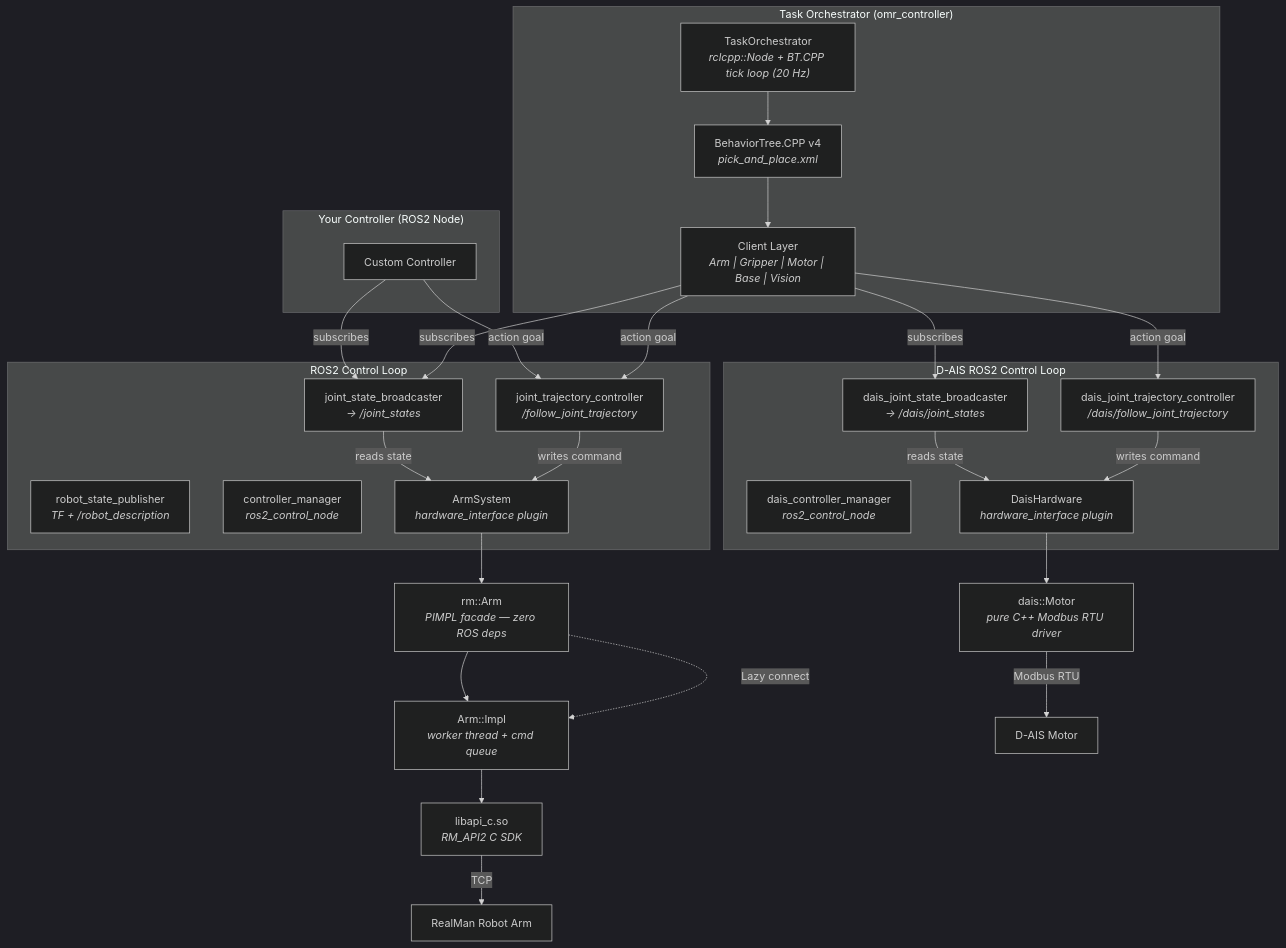
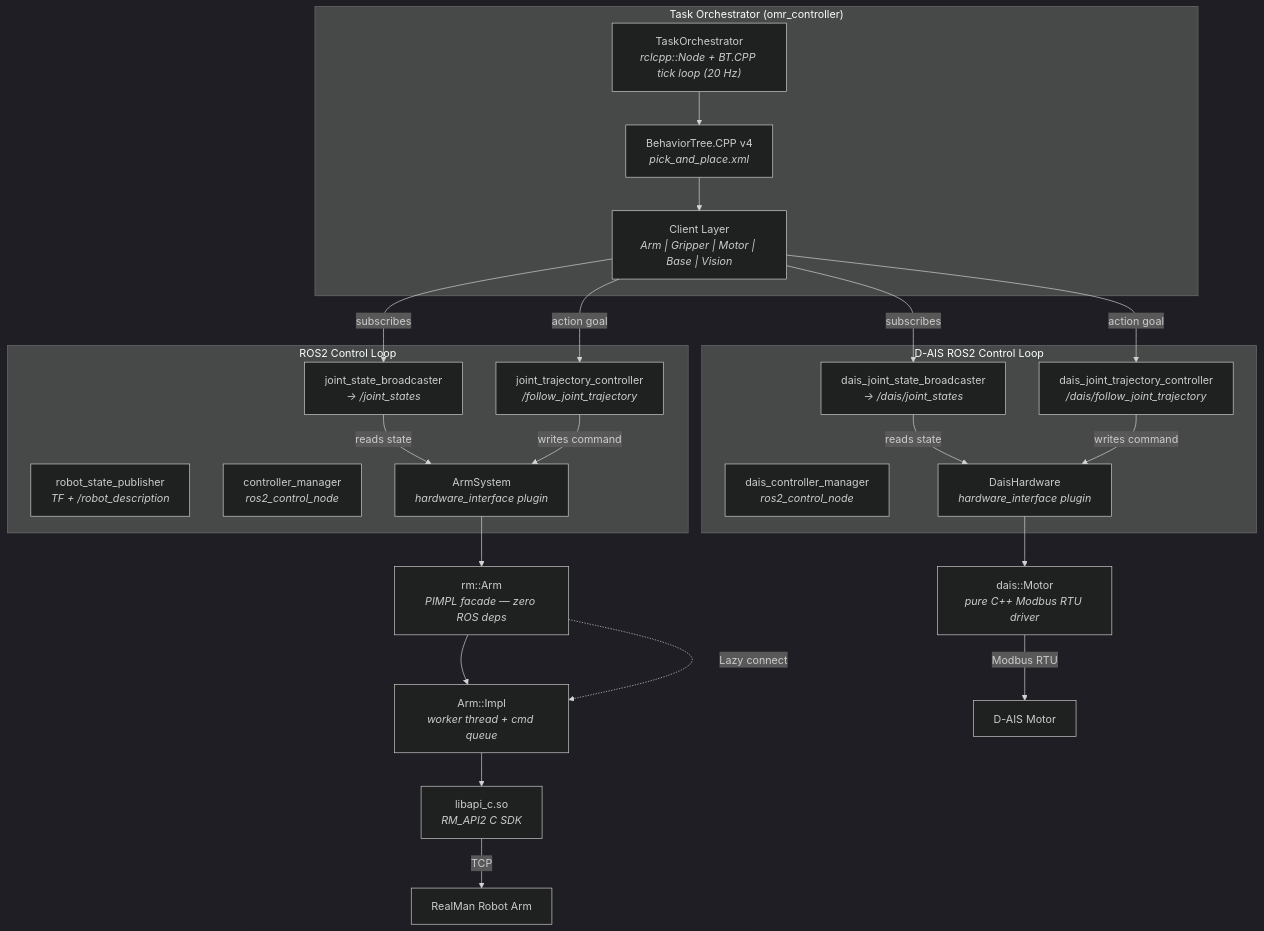
The first of 4 diagrams in README.md (sunyuming53-byte/the_first_box), drawn with Mermaid (dark theme) before and after one commit.

Commit message:
docs: remove stale Your Controller placeholder from architecture diagram

````diff
--- a/README.md
+++ b/README.md
@@ -131,55 +131,48 @@
 ```mermaid
 flowchart TD
     subgraph ROS2["ROS2 Control Loop"]
         RSP["robot_state_publisher<br/><i>TF + /robot_description</i>"]
         CM["controller_manager<br/><i>ros2_control_node</i>"]
         JSB["joint_state_broadcaster<br/><i>→ /joint_states</i>"]
         JTC["joint_trajectory_controller<br/><i>/follow_joint_trajectory</i>"]
         HW["ArmSystem<br/><i>hardware_interface plugin</i>"]
     end
 
-    subgraph User["Your Controller (ROS2 Node)"]
-        CTRL["Custom Controller"]
-    end
-
     JSB -->|reads state| HW
     JTC -->|writes command| HW
     HW --> Arm
-
-    CTRL -->|subscribes| JSB
-    CTRL -->|action goal| JTC
 
     Arm["rm::Arm<br/><i>PIMPL facade — zero ROS deps</i>"]
     Arm --> Impl["Arm::Impl<br/><i>worker thread + cmd queue</i>"]
     Impl --> SDK["libapi_c.so<br/><i>RM_API2 C SDK</i>"]
     SDK -->|TCP| HW2["RealMan Robot Arm"]
 
     Arm -.->|Lazy connect| Impl
 
     %% D-AIS Motor subsystem
     subgraph DaisROS2["D-AIS ROS2 Control Loop"]
         DCM["dais_controller_manager<br/><i>ros2_control_node</i>"]
         DJSB["dais_joint_state_broadcaster<br/><i>→ /dais/joint_states</i>"]
         DJTC["dais_joint_trajectory_controller<br/><i>/dais/follow_joint_trajectory</i>"]
         DHW["DaisHardware<br/><i>hardware_interface plugin</i>"]
     end
 
     DJSB -->|reads state| DHW
     DJTC -->|writes command| DHW
     DHW --> Motor["dais::Motor<br/><i>pure C++ Modbus RTU driver</i>"]
     Motor -->|Modbus RTU| PHW["D-AIS Motor"]
 
     %% Task Orchestrator
     subgraph Orchestrator["Task Orchestrator (omr_controller)"]
         ORCH["TaskOrchestrator<br/><i>rclcpp::Node + BT.CPP tick loop (20 Hz)</i>"]
         BT["BehaviorTree.CPP v4<br/><i>pick_and_place.xml</i>"]
         CLIENTS["Client Layer<br/><i>Arm | Gripper | Motor | Base | Vision</i>"]
     end
 
     ORCH --> BT
     BT --> CLIENTS
     CLIENTS -->|action goal| JTC
     CLIENTS -->|subscribes| JSB
     CLIENTS -->|action goal| DJTC
     CLIENTS -->|subscribes| DJSB
 ```
````
